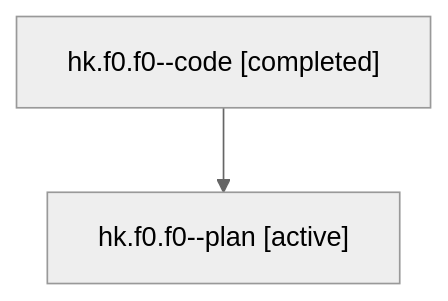
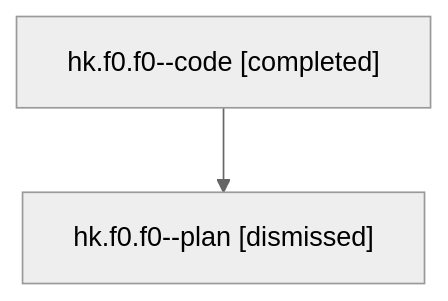
The diagram in sessions/bbugyi200.athena.hk.f0.f0.md (sase-org/sase--agents), drawn with Mermaid (neutral theme) before and after one commit. The commit also changed other lines of this file and 34 other files, not shown here.

````diff
--- a/sessions/bbugyi200.athena.hk.f0.f0.md
+++ b/sessions/bbugyi200.athena.hk.f0.f0.md
@@ -9,6 +9,6 @@
 ```mermaid
 flowchart TD
   n0["hk.f0.f0--code [completed]"]
-  n1["hk.f0.f0--plan [active]"]
+  n1["hk.f0.f0--plan [dismissed]"]
   n0 --> n1
 ```
````
